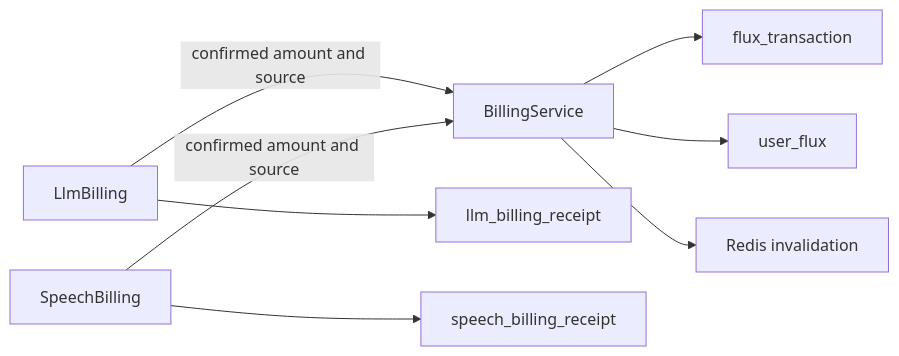
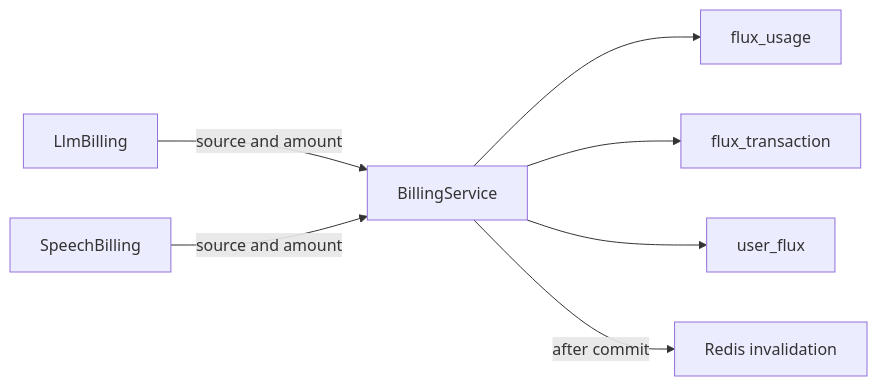
The first of 2 diagrams in server/docs/ai/adr/2026-10-04-flux-usage.md (moeru-ai/airi), drawn with Mermaid before and after one commit. The commit also changed other lines of this file and 32 other files, not shown here.

First line of the commit message:
refactor(api): store micro-Flux fees in flux_usage

````diff
--- a/server/docs/ai/adr/2026-10-04-flux-usage.md
+++ b/server/docs/ai/adr/2026-10-04-flux-usage.md
@@ -35,10 +64,9 @@
 ```mermaid
 flowchart LR
-  LLM[LlmBilling] -->|confirmed amount and source| Billing[BillingService]
-  Speech[SpeechBilling] -->|confirmed amount and source| Billing
-  LLM --> LlmReceipt[llm_billing_receipt]
-  Speech --> SpeechReceipt[speech_billing_receipt]
+  LLM[LlmBilling] -->|source and amount| Billing[BillingService]
+  Speech[SpeechBilling] -->|source and amount| Billing
+  Billing --> Usage[flux_usage]
   Billing --> Ledger[flux_transaction]
   Billing --> Wallet[user_flux]
-  Billing --> Cache[Redis invalidation]
+  Billing -->|after commit| Cache[Redis invalidation]
 ```
````
